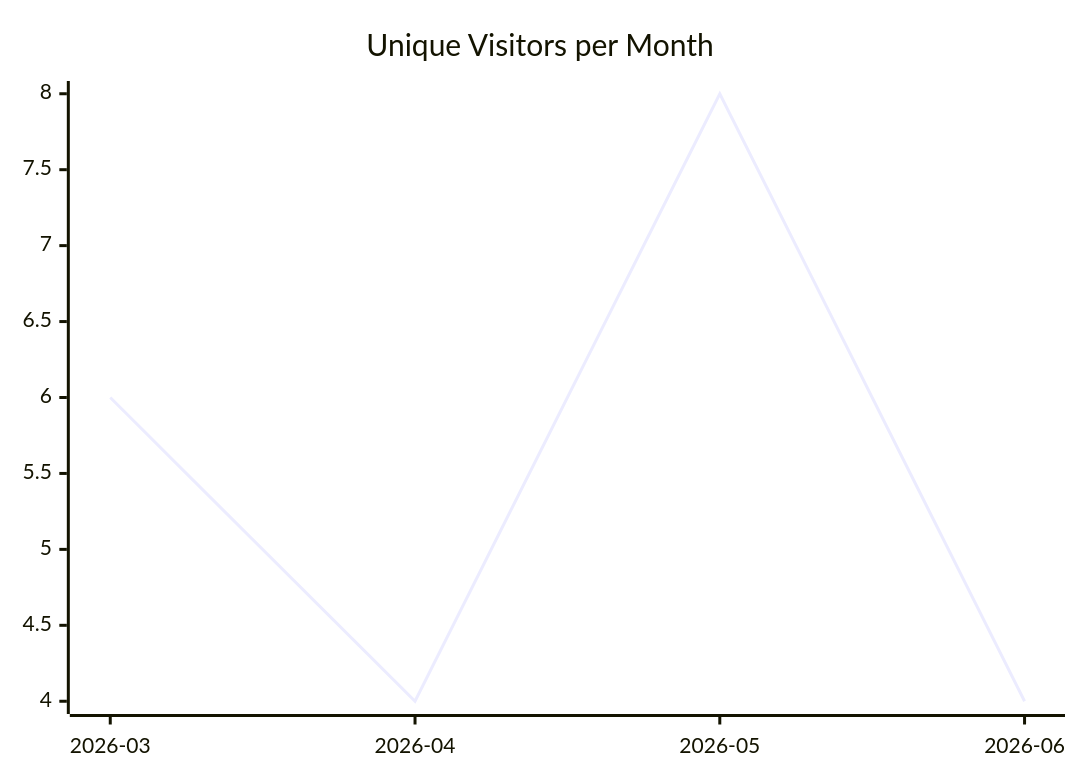
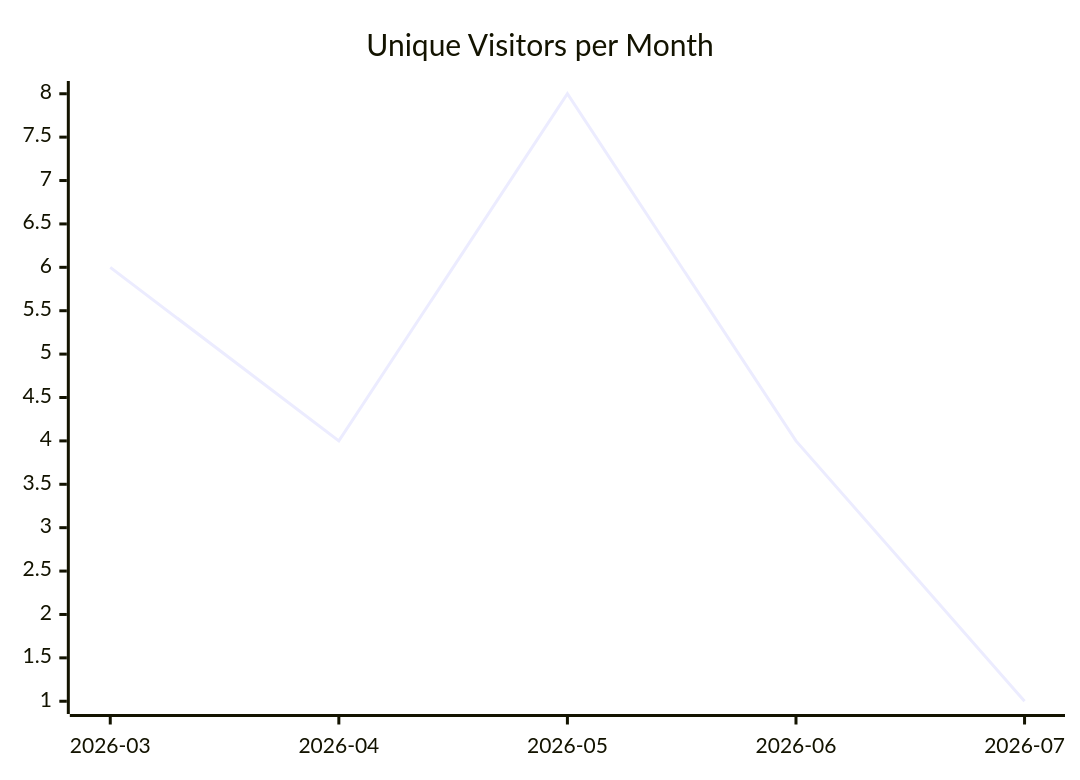
The first of 3 diagrams in karlmdavis/xmlpull/README.md (justdavis-family/github-analytics-data), drawn with Mermaid before and after one commit. The commit also changed other lines of this file and 199 other files, not shown here.

````diff
--- a/karlmdavis/xmlpull/README.md
+++ b/karlmdavis/xmlpull/README.md
@@ -5,6 +5,6 @@
 ```mermaid
 xychart-beta
   title "Unique Visitors per Month"
-  x-axis ["2026-03", "2026-04", "2026-05", "2026-06"]
-  line [6, 4, 8, 4]
+  x-axis ["2026-03", "2026-04", "2026-05", "2026-06", "2026-07"]
+  line [6, 4, 8, 4, 1]
 ```
````
